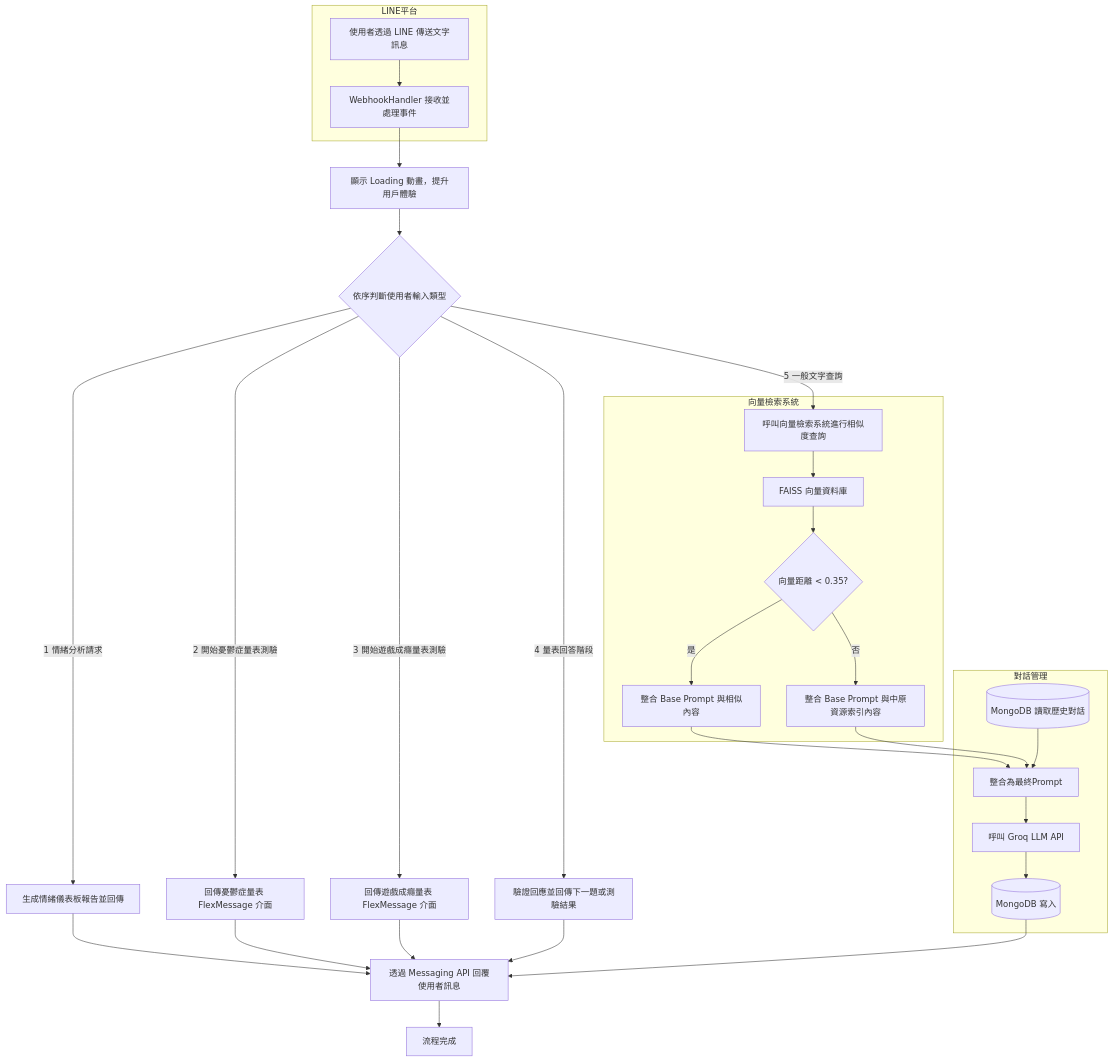
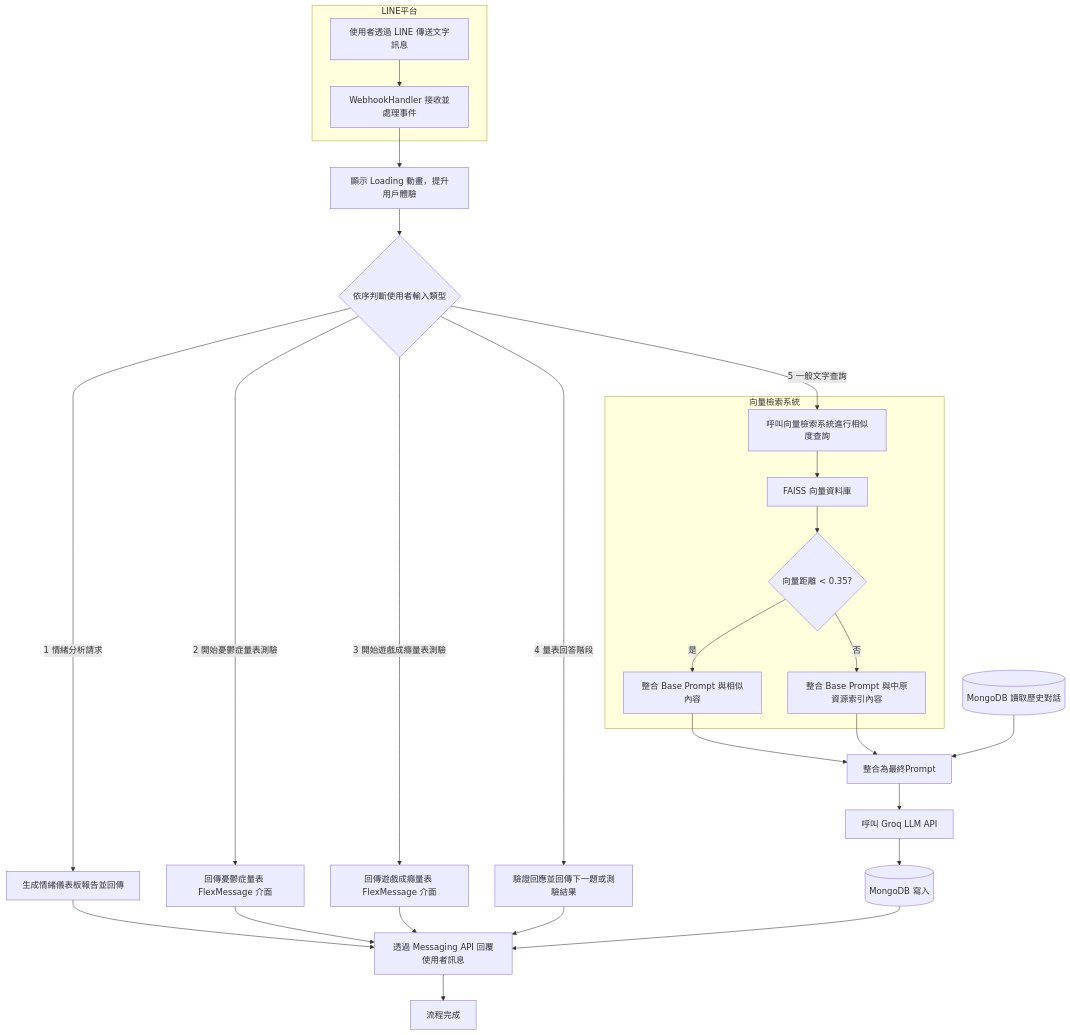
Before and after one commit to aurorajojo/line_app: the diagram in README.md, drawn with Mermaid.

````diff
--- a/README.md
+++ b/README.md
@@ -3,48 +3,48 @@
 ```mermaid
 flowchart TD
     subgraph LINE平台
         A[使用者透過 LINE 傳送文字訊息] --> B[WebhookHandler 接收並處理事件]
     end
 
     B --> C[顯示 Loading 動畫，提升用戶體驗]
 
     C --> D{依序判斷使用者輸入類型}
 
     D -->|1 情緒分析請求| E[生成情緒儀表板報告並回傳]
     E --> O1
 
     D -->|2 開始憂鬱症量表測驗| F[回傳憂鬱症量表 FlexMessage 介面]
     F --> O1
 
     D -->|3 開始遊戲成癮量表測驗| G[回傳遊戲成癮量表 FlexMessage 介面]
     G --> O1
 
     D -->|4 量表回答階段| H[驗證回應並回傳下一題或測驗結果]
     H --> O1
 
     D -->|5 一般文字查詢| I[呼叫向量檢索系統進行相似度查詢]
 
     subgraph 向量檢索系統
         I --> V1[FAISS 向量資料庫]
         V1 --> Q{向量距離 < 0.35?}
         Q -->|是| J[整合 Base Prompt 與相似內容]
         Q -->|否| R[整合 Base Prompt 與中原資源索引內容]
     end
 
-    subgraph 對話管理
-        J --> X[整合為最終Prompt]
-        R --> X
-        MDB_Read --> X
+    
+    J --> X[整合為最終Prompt]
+    R --> X
+    MDB_Read --> X
 
-        X --> L[呼叫 Groq LLM API]
-        MDB_Read[(MongoDB 讀取歷史對話)]
-        MDB_Write[(MongoDB 寫入)]
+    X --> L[呼叫 Groq LLM API]
+    MDB_Read[(MongoDB 讀取歷史對話)]
+    MDB_Write[(MongoDB 寫入)]
 
 
-        L --> MDB_Write
+    L --> MDB_Write
         
-    end
+    
     MDB_Write --> O1
     O1[透過 Messaging API 回覆使用者訊息] --> Z[流程完成]
 
 ```
````
